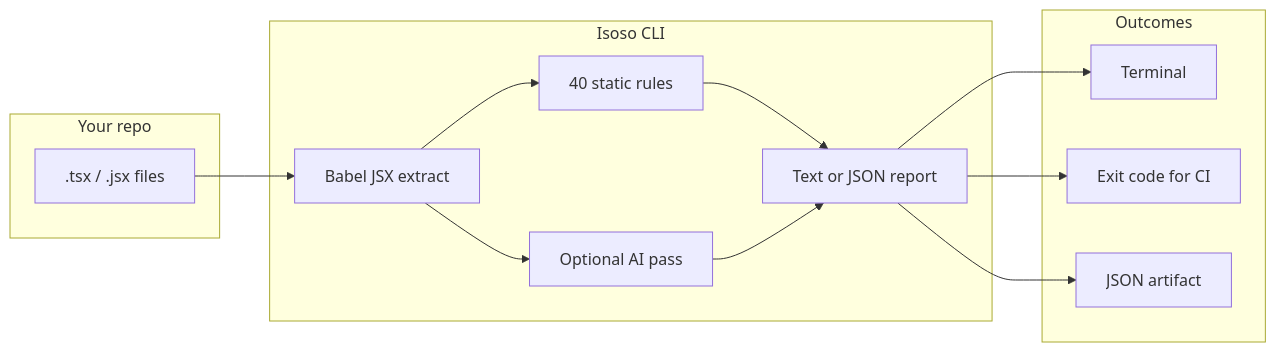
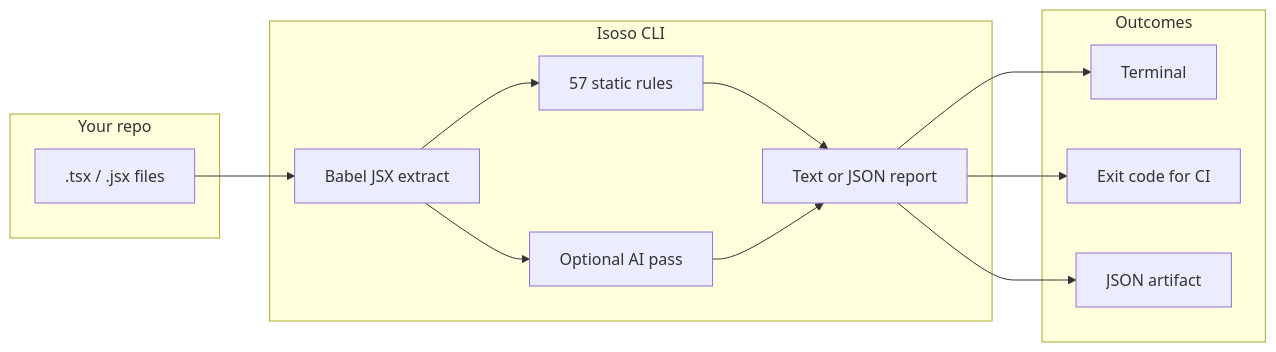
The diagram in README.md (isoso-dev/isoso), drawn with Mermaid before and after one commit. The commit also changed other lines of this file and 17 other files, not shown here.

````diff
--- a/README.md
+++ b/README.md
@@ -44,25 +44,25 @@
 ```mermaid
 flowchart LR
   subgraph input [Your repo]
     JSX[.tsx / .jsx files]
   end
   subgraph isoso [Isoso CLI]
     Parse[Babel JSX extract]
-    Static[40 static rules]
+    Static[57 static rules]
     AI[Optional AI pass]
     Report[Text or JSON report]
   end
   subgraph output [Outcomes]
     Term[Terminal]
     CI[Exit code for CI]
     Artifact[JSON artifact]
   end
   JSX --> Parse
   Parse --> Static
   Parse --> AI
   Static --> Report
   AI --> Report
   Report --> Term
   Report --> CI
   Report --> Artifact
 ```
````
